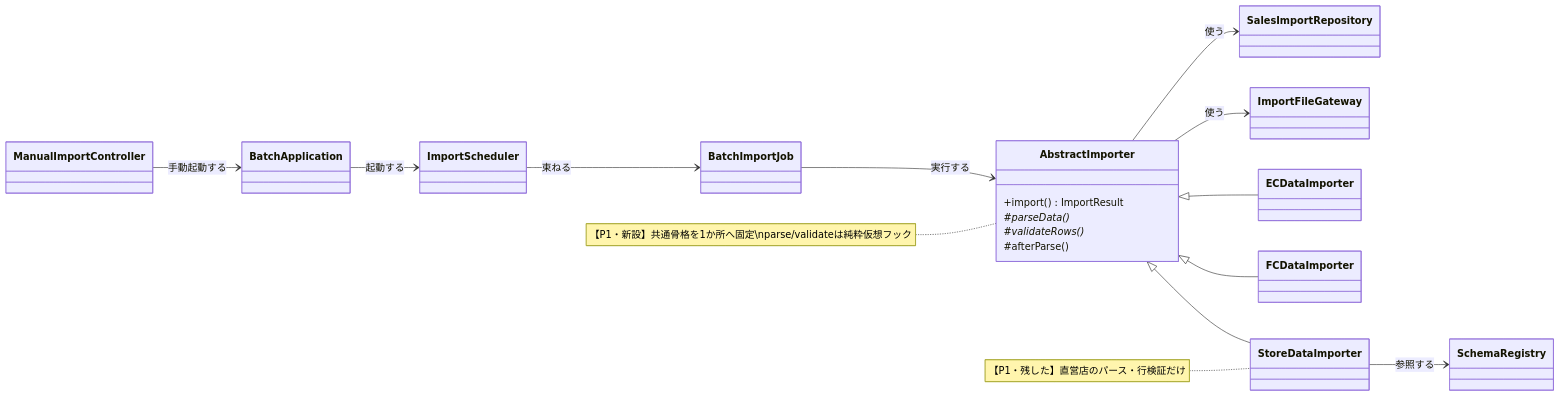
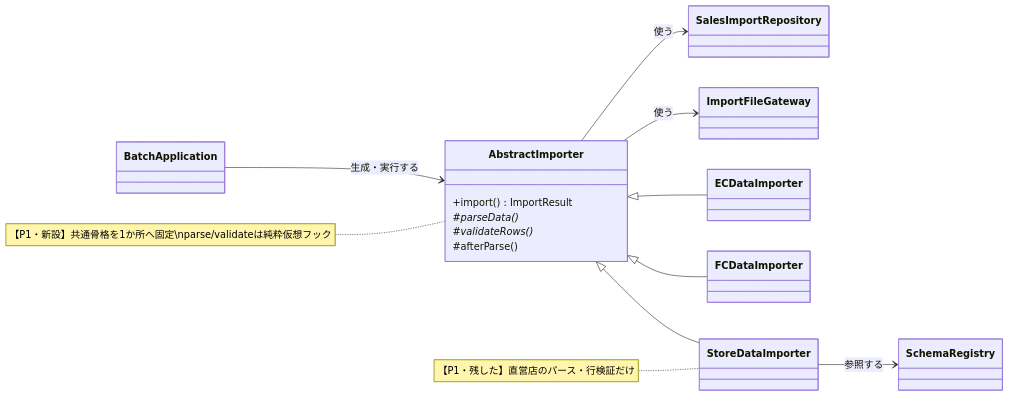
Before and after one commit to kumachan1101-pixel/DesignPattern: the ninth of 15 diagrams in kindle/design-patterns/output/chapter04.md, drawn with Mermaid. The commit also changed other lines of this file and 23 other files, not shown here.

````diff
--- a/kindle/design-patterns/output/chapter04.md
+++ b/kindle/design-patterns/output/chapter04.md
@@ -1844,37 +1392,31 @@
 ```mermaid
 classDiagram
     direction LR
     class SchemaRegistry
     class ImportFileGateway
     class SalesImportRepository
-    class ImportScheduler
-    class BatchImportJob
     class BatchApplication
-    class ManualImportController
     class AbstractImporter {
         +import() ImportResult
         #parseData()*
         #validateRows()*
         #afterParse()
     }
     class StoreDataImporter
     class FCDataImporter
     class ECDataImporter
 
     AbstractImporter <|-- StoreDataImporter
     AbstractImporter <|-- FCDataImporter
     AbstractImporter <|-- ECDataImporter
     AbstractImporter --> ImportFileGateway : 使う
     AbstractImporter --> SalesImportRepository : 使う
     StoreDataImporter --> SchemaRegistry : 参照する
-    BatchImportJob --> AbstractImporter : 実行する
-    ImportScheduler --> BatchImportJob : 束ねる
-    BatchApplication --> ImportScheduler : 起動する
-    ManualImportController --> BatchApplication : 手動起動する
+    BatchApplication --> AbstractImporter : 生成・実行する
 
     note for AbstractImporter "【P1・新設】共通骨格を1か所へ固定\nparse/validateは純粋仮想フック"
     note for StoreDataImporter "【P1・残した】直営店のパース・行検証だけ"
 
     classDef focus fill:#FFF2CC,stroke:#D6B656,stroke-width:2px,color:#222222
     cssClass "AbstractImporter,StoreDataImporter,FCDataImporter,ECDataImporter" focus
 ```
````
